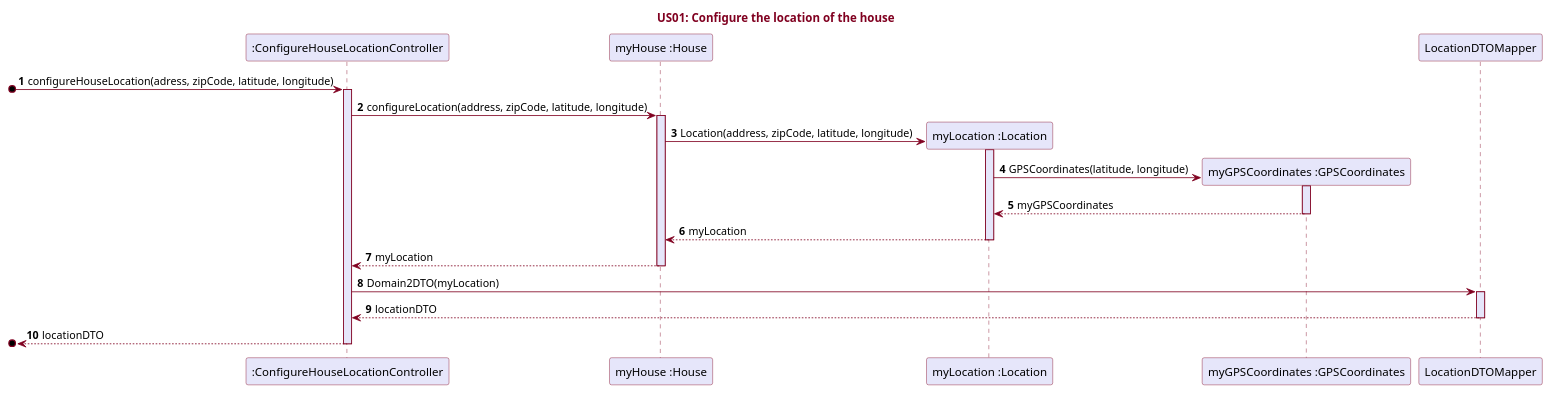
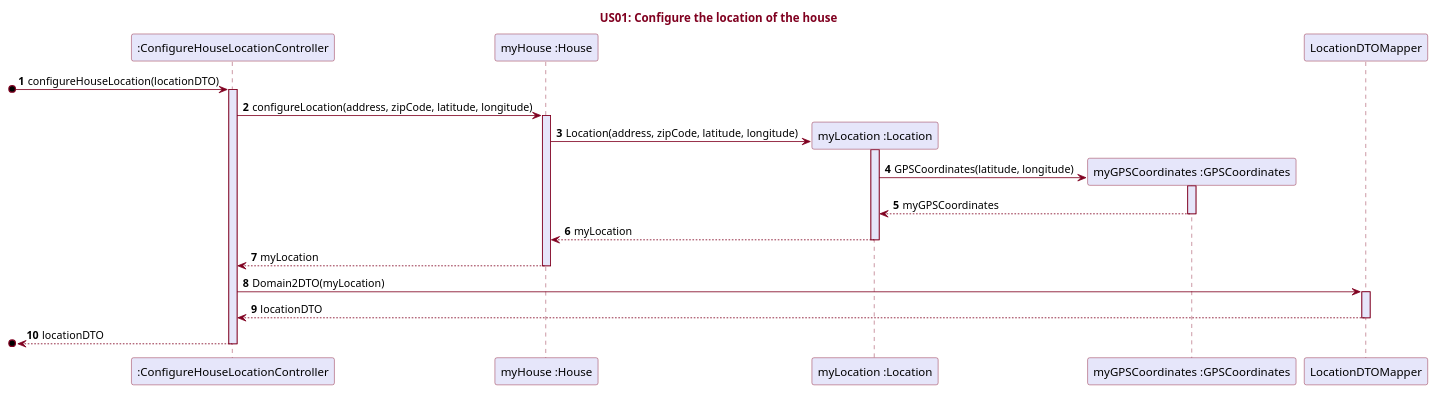
Before and after one commit to RicardoAraujoPT/SmartHome2: the diagram in src/main/java/pt/ipp/isep/dei/examples/basic/domain/SmartHome/UML/US01.puml, drawn with PlantUML. The commit also changed 3 other files, not shown here.

Commit message:
US01 Controller now receives LocationDTO, respective changes made.

```diff
--- a/src/main/java/pt/ipp/isep/dei/examples/basic/domain/SmartHome/UML/US01.puml
+++ b/src/main/java/pt/ipp/isep/dei/examples/basic/domain/SmartHome/UML/US01.puml
@@ -1,37 +1,37 @@
 @startuml
 'https://plantuml.com/sequence-diagram
 
 title <font color=#800020>US01: Configure the location of the house</font>
 
 skinparam sequence {
 ArrowColor #800020
 LifeLineBorderColor #800020
 LifeLineBackgroundColor #E6E6FA
 ParticipantBorderColor #800020
 ParticipantBackgroundColor #E6E6FA
 }
 
 autonumber
 
-[o->":ConfigureHouseLocationController": configureHouseLocation(adress, zipCode, latitude, longitude)
+[o->":ConfigureHouseLocationController": configureHouseLocation(locationDTO)
 activate ":ConfigureHouseLocationController"
 ":ConfigureHouseLocationController"->"myHouse :House": configureLocation(address, zipCode, latitude, longitude)
 activate "myHouse :House"
 "myHouse :House"->"myLocation :Location" ** : Location(address, zipCode, latitude, longitude)
 activate "myLocation :Location"
 "myLocation :Location"->"myGPSCoordinates :GPSCoordinates" ** : GPSCoordinates(latitude, longitude)
 activate "myGPSCoordinates :GPSCoordinates"
 "myGPSCoordinates :GPSCoordinates"-->"myLocation :Location" : myGPSCoordinates
 deactivate "myGPSCoordinates :GPSCoordinates"
 "myLocation :Location"-->"myHouse :House" : myLocation
 deactivate "myLocation :Location"
 "myHouse :House"-->":ConfigureHouseLocationController": myLocation
 deactivate "myHouse :House"
 ":ConfigureHouseLocationController"->"LocationDTOMapper": Domain2DTO(myLocation)
 activate "LocationDTOMapper"
 "LocationDTOMapper"-->":ConfigureHouseLocationController": locationDTO
 deactivate "LocationDTOMapper"
 [o<--":ConfigureHouseLocationController": locationDTO
 deactivate ":ConfigureHouseLocationController"
 
 @enduml
```
